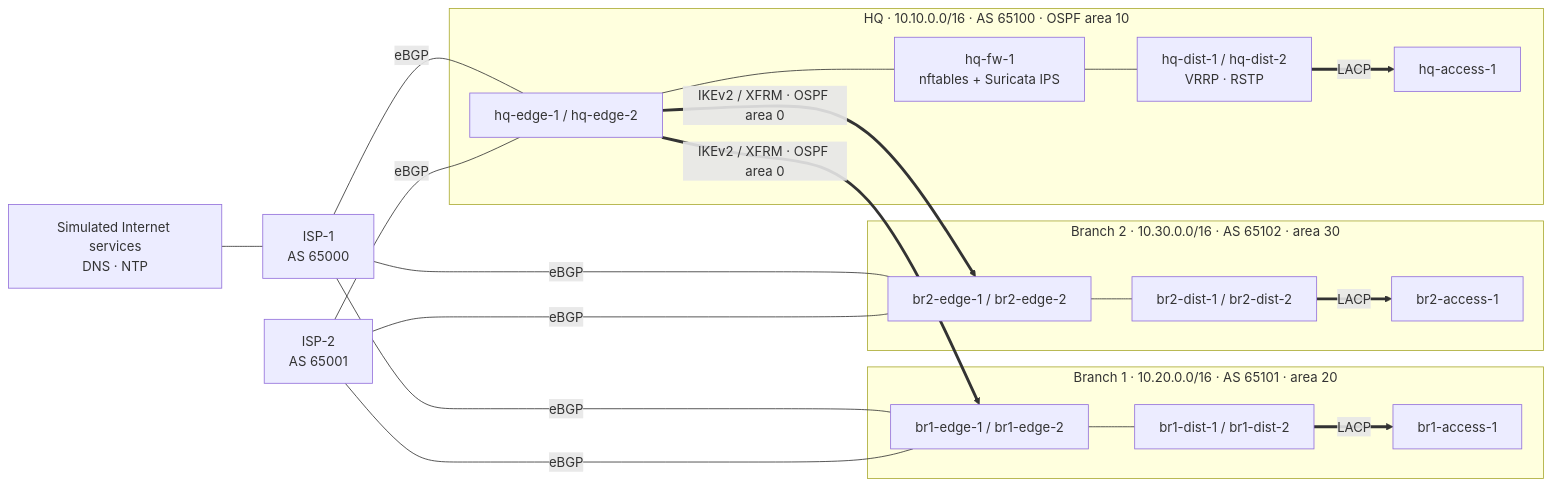
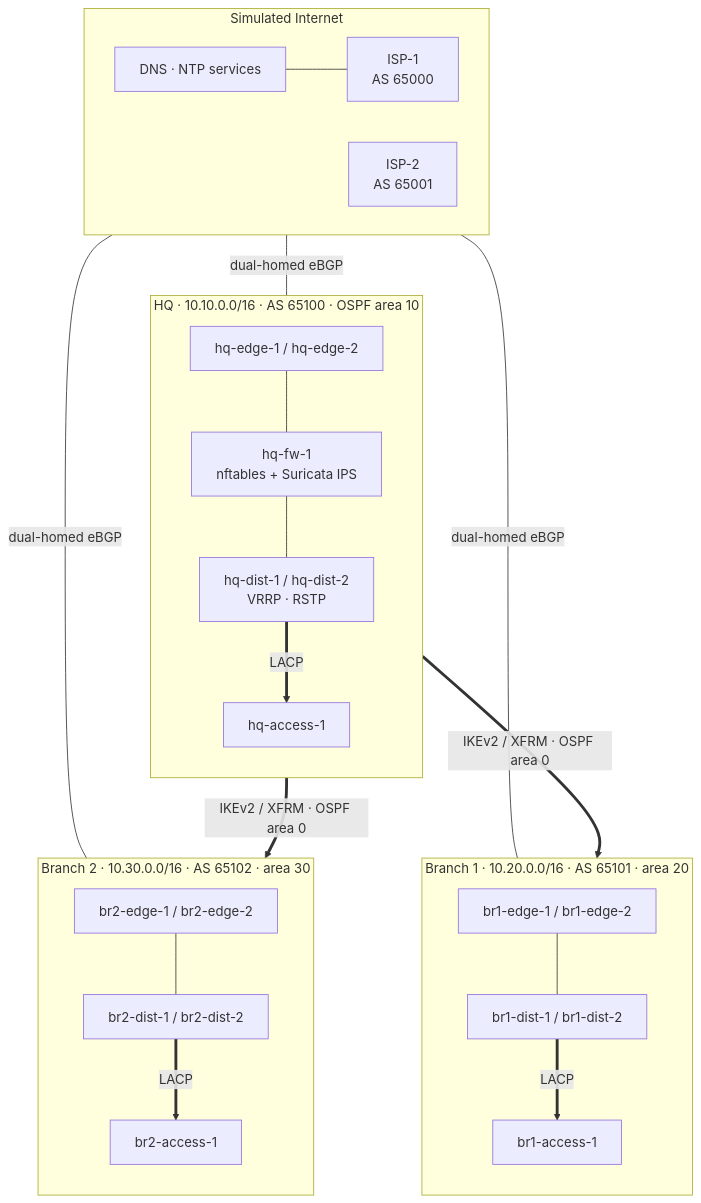
Before and after one commit to oplosy/netlab: the diagram in README.md, drawn with Mermaid.

Commit message:
docs: make the README topology diagram readable

````diff
--- a/README.md
+++ b/README.md
@@ -39,39 +39,42 @@
 ```mermaid
-flowchart LR
-    svc[Simulated Internet services<br/>DNS · NTP]
-    isp1[ISP-1<br/>AS 65000]
-    isp2[ISP-2<br/>AS 65001]
+flowchart TB
+    subgraph inet[Simulated Internet]
+      direction LR
+      isp1[ISP-1<br/>AS 65000]
+      isp2[ISP-2<br/>AS 65001]
+      svc[DNS · NTP services]
+      svc --- isp1
+    end
 
     subgraph hq[HQ · 10.10.0.0/16 · AS 65100 · OSPF area 10]
+      direction TB
       he[hq-edge-1 / hq-edge-2]
       fw[hq-fw-1<br/>nftables + Suricata IPS]
       hd[hq-dist-1 / hq-dist-2<br/>VRRP · RSTP]
       ha[hq-access-1]
       he --- fw --- hd
       hd == LACP ==> ha
     end
 
     subgraph br1[Branch 1 · 10.20.0.0/16 · AS 65101 · area 20]
+      direction TB
       b1e[br1-edge-1 / br1-edge-2]
       b1d[br1-dist-1 / br1-dist-2]
       b1a[br1-access-1]
       b1e --- b1d == LACP ==> b1a
     end
 
     subgraph br2[Branch 2 · 10.30.0.0/16 · AS 65102 · area 30]
+      direction TB
       b2e[br2-edge-1 / br2-edge-2]
       b2d[br2-dist-1 / br2-dist-2]
       b2a[br2-access-1]
       b2e --- b2d == LACP ==> b2a
     end
 
-    svc --- isp1
-    isp1 -- eBGP --- he
-    isp1 -- eBGP --- b1e
-    isp1 -- eBGP --- b2e
-    isp2 -- eBGP --- he
-    isp2 -- eBGP --- b1e
-    isp2 -- eBGP --- b2e
+    inet -- dual-homed eBGP --- he
+    inet -- dual-homed eBGP --- b1e
+    inet -- dual-homed eBGP --- b2e
     he == IKEv2 / XFRM · OSPF area 0 ==> b1e
     he == IKEv2 / XFRM · OSPF area 0 ==> b2e
 ```
````
